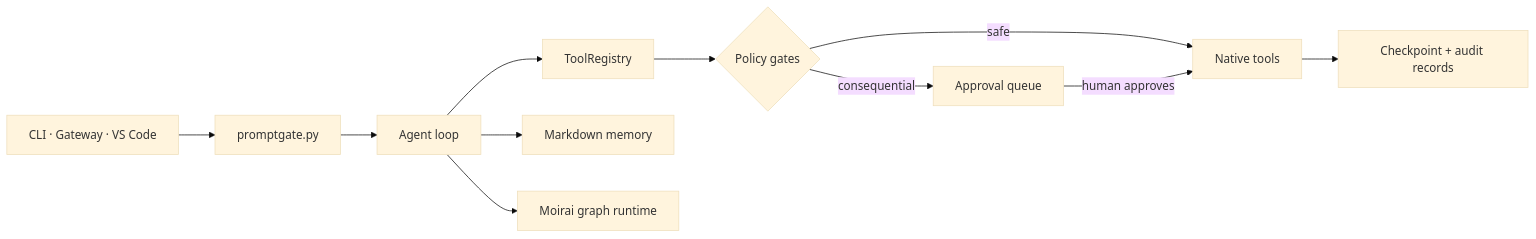
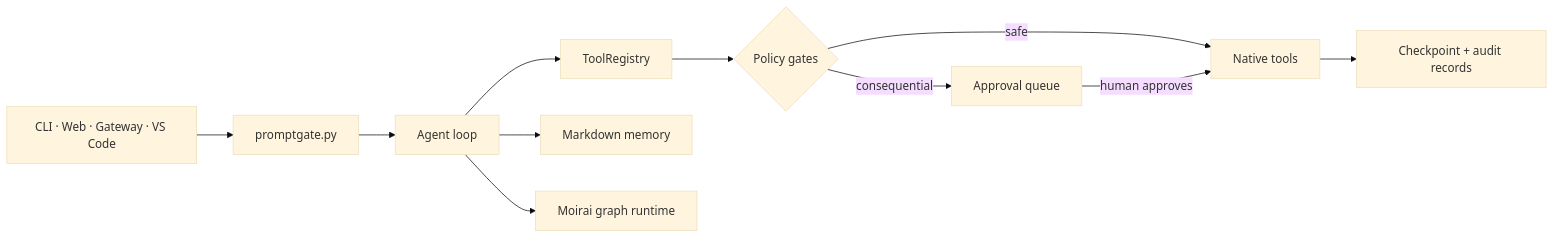
The diagram in README.ko.md (ashmoonori-afk/birkin), drawn with Mermaid (base theme) before and after one commit. The commit also changed other lines of this file and 5 other files, not shown here.

````diff
--- a/README.ko.md
+++ b/README.ko.md
@@ -208,13 +224,13 @@
 ```mermaid
 flowchart LR
-    U[CLI · Gateway · VS Code] --> P[promptgate.py]
+    U[CLI · Web · Gateway · VS Code] --> P[promptgate.py]
     P --> A[Agent loop]
     A --> R[ToolRegistry]
     R --> G{Policy gates}
     G -->|safe| T[Native tools]
     G -->|consequential| Q[Approval queue]
     Q -->|human approves| T
     T --> C[Checkpoint + audit records]
     A --> M[Markdown memory]
     A --> W[Moirai graph runtime]
 ```
````
